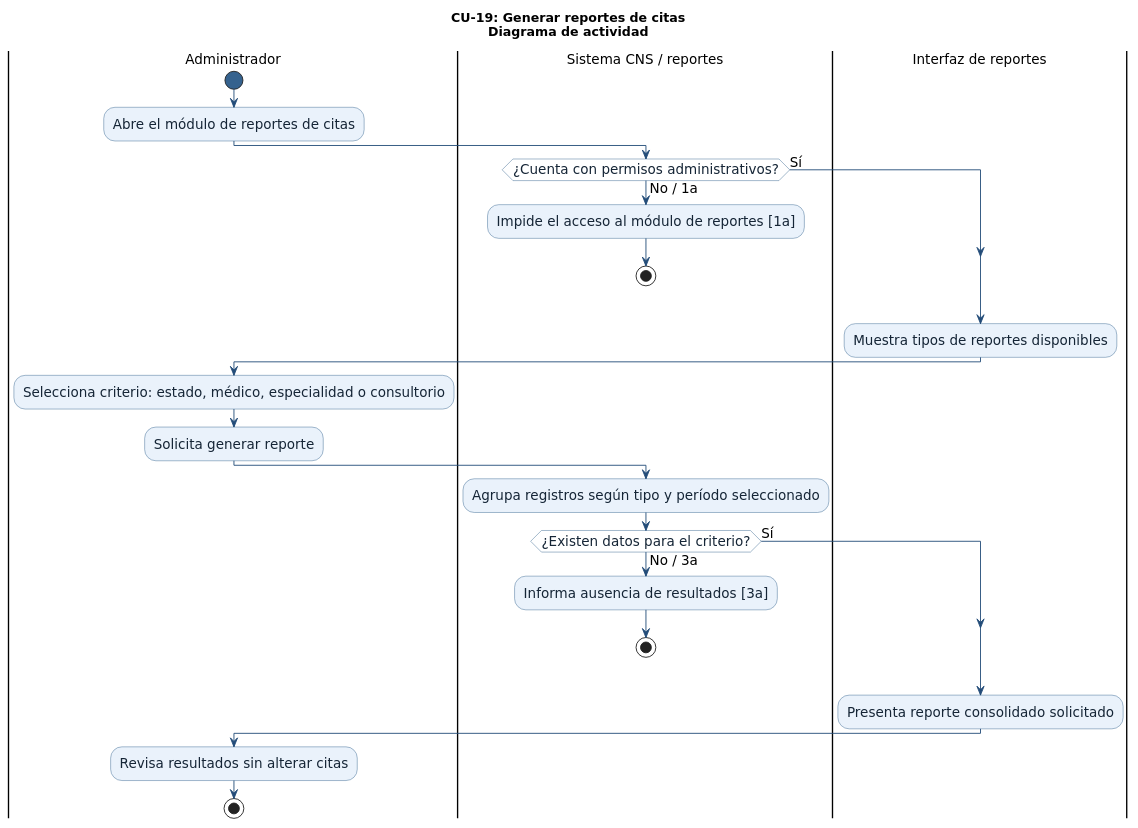
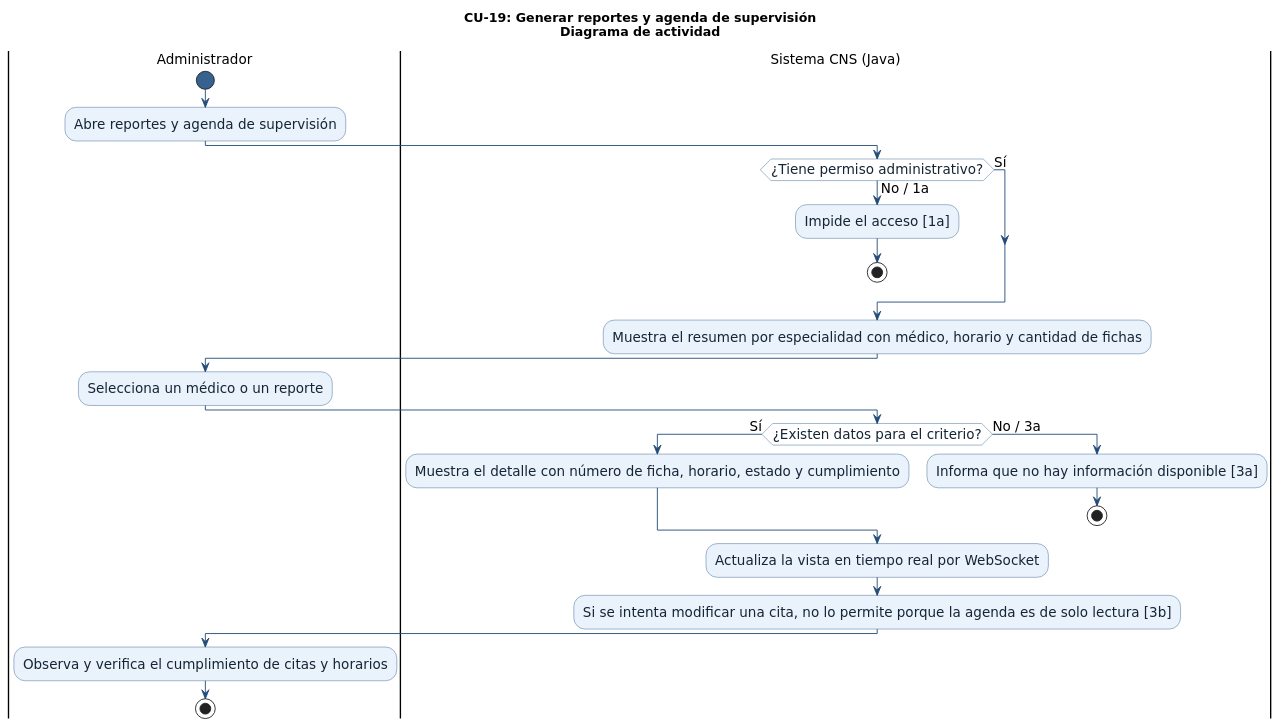
One commit to INTERNO-TRABAJO-CNS/Hospital-Obrero-Interno changed the diagram in 03_des/01-diagramaCompor/CU-19_GenerarReportesCitas.puml. Above: the diagram before and after it, drawn with PlantUML. The commit also changed 204 other files, not shown here.

Commit message:
actualización de cada CU, RF, RNF, diagramas de comportamieno, de estado, reasignación de tareas en general

```diff
--- a/03_des/01-diagramaCompor/CU-19_GenerarReportesCitas.puml
+++ b/03_des/01-diagramaCompor/CU-19_GenerarReportesCitas.puml
@@ -1,49 +1,47 @@
 @startuml CU-19_GenerarReportesCitas
 ' Caso de uso CU-19: Generar reportes de citas
 ' Fuentes: Especificación de casos de uso CNS y Modelo del Negocio del Hospital Obrero
 ' Referencias: RF-19 · RN-23 · RN-20
 ' Los elementos marcados como pendientes NO son reglas implementadas.
 skinparam shadowing false
 skinparam defaultFontName "DejaVu Sans"
 skinparam defaultFontSize 15
 skinparam ArrowColor #234C79
 skinparam activity {
   BackgroundColor #EAF2FB
   BorderColor #35628E
   FontColor #152536
   DiamondBackgroundColor #FFFFFF
   DiamondBorderColor #35628E
   ArrowColor #234C79
   StartColor #35628E
   EndColor #35628E
 }
-title CU-19: Generar reportes de citas\nDiagrama de actividad
+' Modificado 04/11/2026: ver 06_proyect/CAMBIOS_04-11-2026.md
+title CU-19: Generar reportes y agenda de supervisión\nDiagrama de actividad
 |Administrador|
 start
-:Abre el módulo de reportes de citas;
-|Sistema CNS / reportes|
-if (¿Cuenta con permisos administrativos?) then (Sí)
+:Abre reportes y agenda de supervisión;
+|Sistema CNS (Java)|
+if (¿Tiene permiso administrativo?) then (Sí)
   ' Camino principal
 else (No / 1a)
-  :Impide el acceso al módulo de reportes [1a];
+  :Impide el acceso [1a];
   stop
 endif
-|Interfaz de reportes|
-:Muestra tipos de reportes disponibles;
+:Muestra el resumen por especialidad con médico, horario y cantidad de fichas;
 |Administrador|
-:Selecciona criterio: estado, médico, especialidad o consultorio;
-:Solicita generar reporte;
-|Sistema CNS / reportes|
-:Agrupa registros según tipo y período seleccionado;
+:Selecciona un médico o un reporte;
+|Sistema CNS (Java)|
 if (¿Existen datos para el criterio?) then (Sí)
-  ' Camino principal
+  :Muestra el detalle con número de ficha, horario, estado y cumplimiento;
 else (No / 3a)
-  :Informa ausencia de resultados [3a];
+  :Informa que no hay información disponible [3a];
   stop
 endif
-|Interfaz de reportes|
-:Presenta reporte consolidado solicitado;
+:Actualiza la vista en tiempo real por WebSocket;
+:Si se intenta modificar una cita, no lo permite porque la agenda es de solo lectura [3b];
 |Administrador|
-:Revisa resultados sin alterar citas;
+:Observa y verifica el cumplimiento de citas y horarios;
 stop
 @enduml
```
